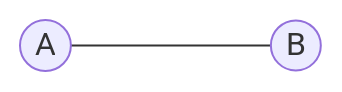
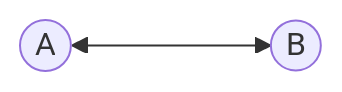
Before and after one commit to LBJhui/LBJhui-blog: the diagram in docs/website/exam/408/network/第 1 章 计算机网络体系结构.md, drawn with Mermaid. The commit also changed other lines of this file and 11 other files, not shown here.

````diff
--- a/docs/website/exam/408/network/第 1 章 计算机网络体系结构.md
+++ b/docs/website/exam/408/network/第 1 章 计算机网络体系结构.md
@@ -451,4 +446,4 @@
 ```mermaid
 graph LR
-A((A)) ---- B((B))
+A((A)) <---> B((B))
 ```
````
